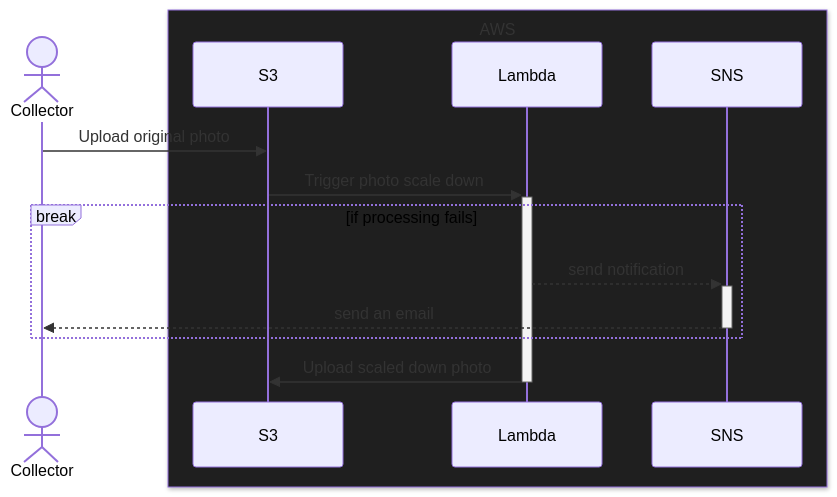
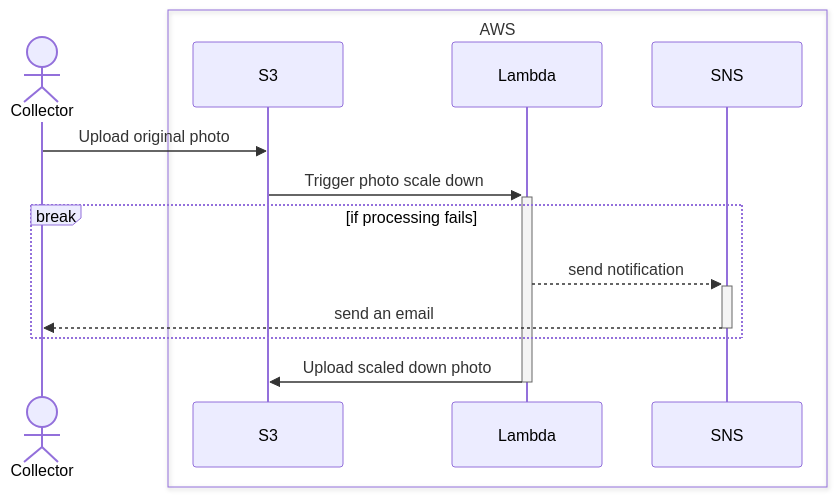
One commit to aelmekeev/year-on-facade changed the diagram in iaac/readme.md. Above: the diagram before and after it, drawn with Mermaid.

Commit message:
Remove color

````diff
--- a/iaac/readme.md
+++ b/iaac/readme.md
@@ -7,16 +7,16 @@
 ```mermaid
 sequenceDiagram
     actor Collector
     Collector->>S3: Upload original photo
-    box rgb(31,31,31) AWS
+    box AWS
     participant S3
     participant Lambda
     participant SNS
     end
     S3->>+Lambda: Trigger photo scale down
     break if processing fails
         Lambda-->>+SNS: send notification
         SNS-->>-Collector: send an email
     end
     Lambda->>-S3: Upload scaled down photo
 ```
````
